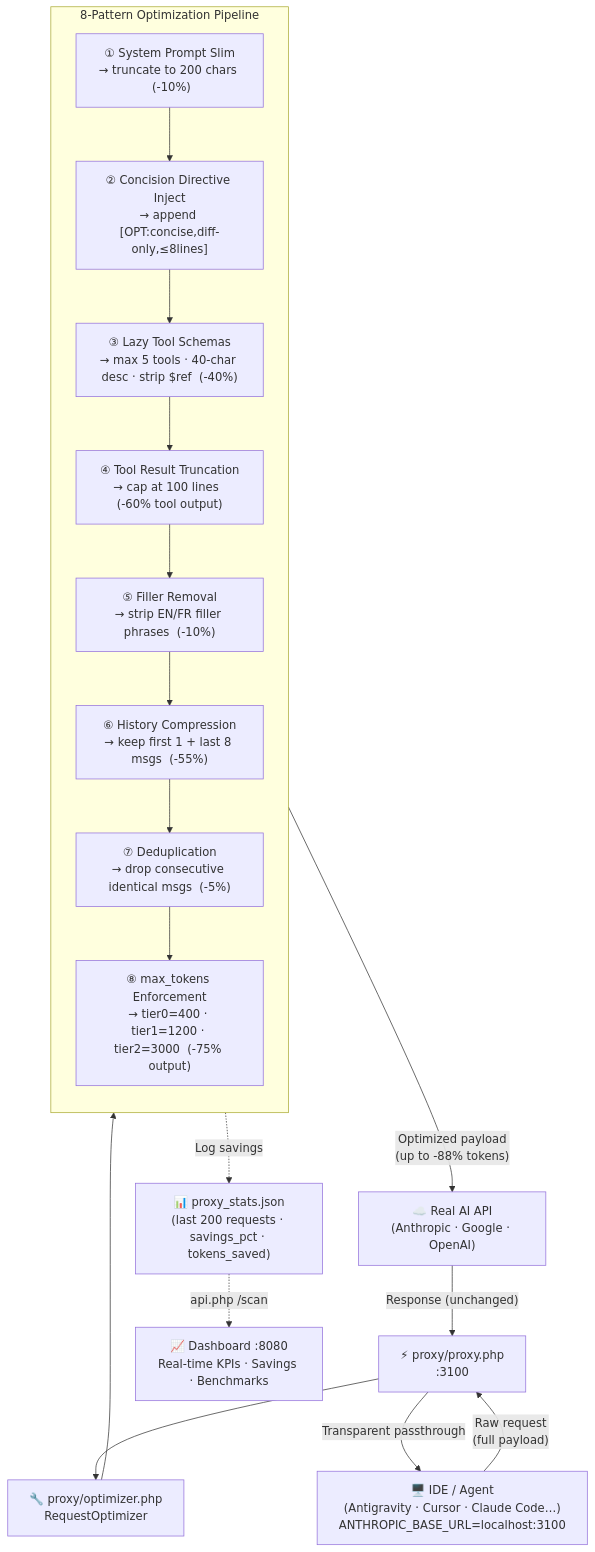
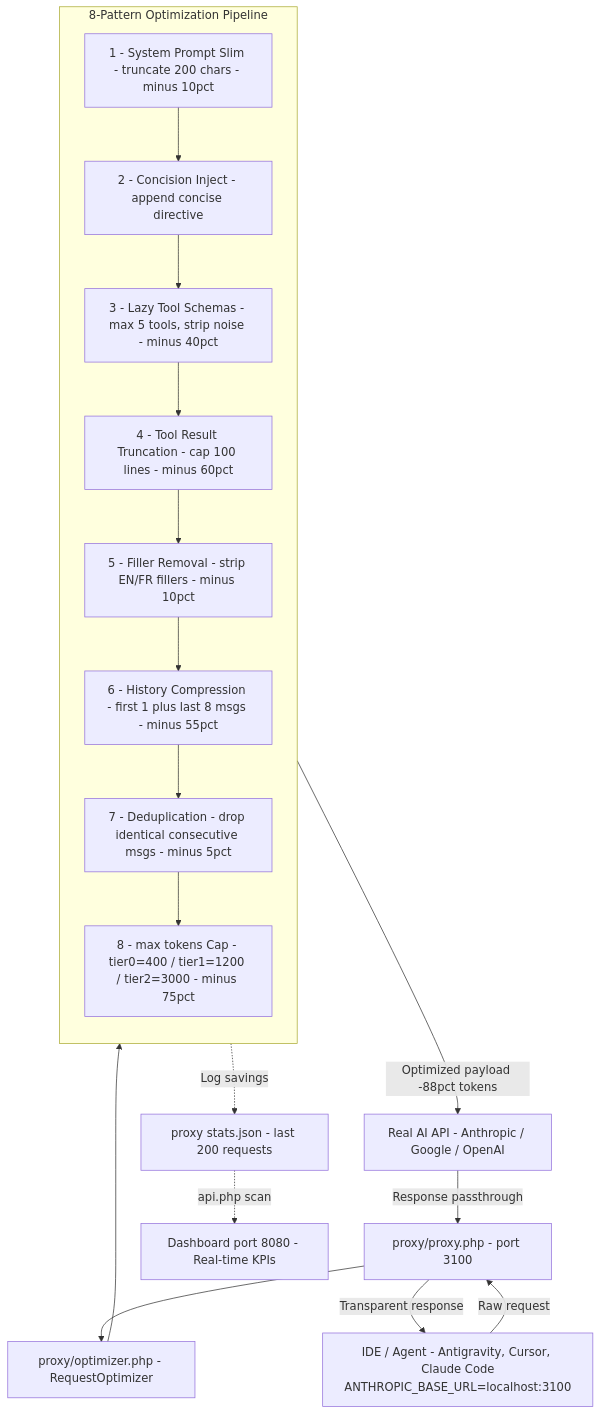
The diagram in README.md (xsaidi1992/ai-token-optimizer-), drawn with Mermaid before and after one commit.

Commit message:
fix: mermaid diagram - remove emojis/special chars that break GitHub renderer

````diff
--- a/README.md
+++ b/README.md
@@ -190,32 +190,33 @@
 ```mermaid
 flowchart TD
-    IDE["🖥️ IDE / Agent\n(Antigravity · Cursor · Claude Code…)\nANTHROPIC_BASE_URL=localhost:3100"]
-    PROXY["⚡ proxy/proxy.php\n:3100"]
-    OPT["🔧 proxy/optimizer.php\nRequestOptimizer"]
+    IDE["IDE / Agent - Antigravity, Cursor, Claude Code
+ANTHROPIC_BASE_URL=localhost:3100"]
+    PROXY["proxy/proxy.php - port 3100"]
+    OPT["proxy/optimizer.php - RequestOptimizer"]
 
     subgraph PIPELINE ["8-Pattern Optimization Pipeline"]
         direction TB
-        P1["① System Prompt Slim\n→ truncate to 200 chars  (-10%)"]
-        P2["② Concision Directive Inject\n→ append [OPT:concise,diff-only,≤8lines]"]
-        P3["③ Lazy Tool Schemas\n→ max 5 tools · 40-char desc · strip $ref  (-40%)"]
-        P4["④ Tool Result Truncation\n→ cap at 100 lines  (-60% tool output)"]
-        P5["⑤ Filler Removal\n→ strip EN/FR filler phrases  (-10%)"]
-        P6["⑥ History Compression\n→ keep first 1 + last 8 msgs  (-55%)"]
-        P7["⑦ Deduplication\n→ drop consecutive identical msgs  (-5%)"]
-        P8["⑧ max_tokens Enforcement\n→ tier0=400 · tier1=1200 · tier2=3000  (-75% output)"]
+        P1["1 - System Prompt Slim - truncate 200 chars - minus 10pct"]
+        P2["2 - Concision Inject - append concise directive"]
+        P3["3 - Lazy Tool Schemas - max 5 tools, strip noise - minus 40pct"]
+        P4["4 - Tool Result Truncation - cap 100 lines - minus 60pct"]
+        P5["5 - Filler Removal - strip EN/FR fillers - minus 10pct"]
+        P6["6 - History Compression - first 1 plus last 8 msgs - minus 55pct"]
+        P7["7 - Deduplication - drop identical consecutive msgs - minus 5pct"]
+        P8["8 - max tokens Cap - tier0=400 / tier1=1200 / tier2=3000 - minus 75pct"]
         P1 --> P2 --> P3 --> P4 --> P5 --> P6 --> P7 --> P8
     end
 
-    UPSTREAM["☁️ Real AI API\n(Anthropic · Google · OpenAI)"]
-    STATS["📊 proxy_stats.json\n(last 200 requests · savings_pct · tokens_saved)"]
-    DASHBOARD["📈 Dashboard :8080\nReal-time KPIs · Savings · Benchmarks"]
+    UPSTREAM["Real AI API - Anthropic / Google / OpenAI"]
+    STATS["proxy stats.json - last 200 requests"]
+    DASHBOARD["Dashboard port 8080 - Real-time KPIs"]
 
-    IDE -->|"Raw request\n(full payload)"| PROXY
+    IDE -->|Raw request| PROXY
     PROXY --> OPT
     OPT --> PIPELINE
-    PIPELINE -->|"Optimized payload\n(up to -88% tokens)"| UPSTREAM
-    UPSTREAM -->|"Response (unchanged)"| PROXY
-    PROXY -->|"Transparent passthrough"| IDE
-    PIPELINE -.->|"Log savings"| STATS
-    STATS -.->|"api.php /scan"| DASHBOARD
+    PIPELINE -->|Optimized payload -88pct tokens| UPSTREAM
+    UPSTREAM -->|Response passthrough| PROXY
+    PROXY -->|Transparent response| IDE
+    PIPELINE -.->|Log savings| STATS
+    STATS -.->|api.php scan| DASHBOARD
 ```
````
